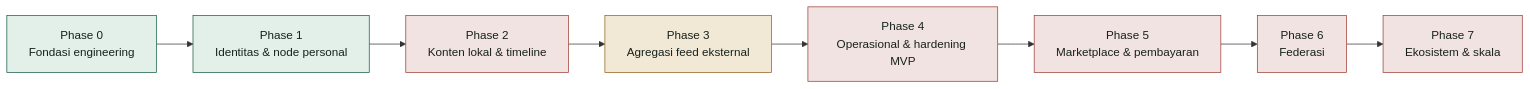
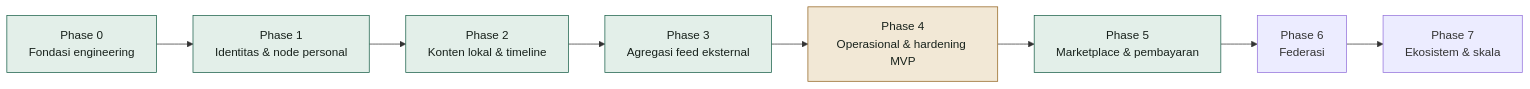
The diagram in documentation/PROGRESS-REPORT.id.md (kukuhtw/fpdp), drawn with Mermaid before and after one commit. The commit also changed other lines of this file, not shown here.

````diff
--- a/documentation/PROGRESS-REPORT.id.md
+++ b/documentation/PROGRESS-REPORT.id.md
@@ -22,17 +22,16 @@
 ```mermaid
 flowchart LR
     P0["Phase 0<br/>Fondasi engineering"] --> P1["Phase 1<br/>Identitas & node personal"]
     P1 --> P2["Phase 2<br/>Konten lokal & timeline"]
     P2 --> P3["Phase 3<br/>Agregasi feed eksternal"]
     P3 --> P4["Phase 4<br/>Operasional & hardening MVP"]
     P4 --> P5["Phase 5<br/>Marketplace & pembayaran"]
     P5 --> P6["Phase 6<br/>Federasi"]
     P6 --> P7["Phase 7<br/>Ekosistem & skala"]
 
     classDef done fill:#e3efe9,stroke:#185f48,color:#17211b;
     classDef partial fill:#f2e8d6,stroke:#93631e,color:#17211b;
     classDef todo fill:#f1e3e1,stroke:#a13d37,color:#17211b;
-    class P0,P1 done;
-    class P3 partial;
-    class P2,P4,P5,P6,P7 todo;
+    class P0,P1,P2,P3,P5 done;
+    class P4 partial;
 ```
````
